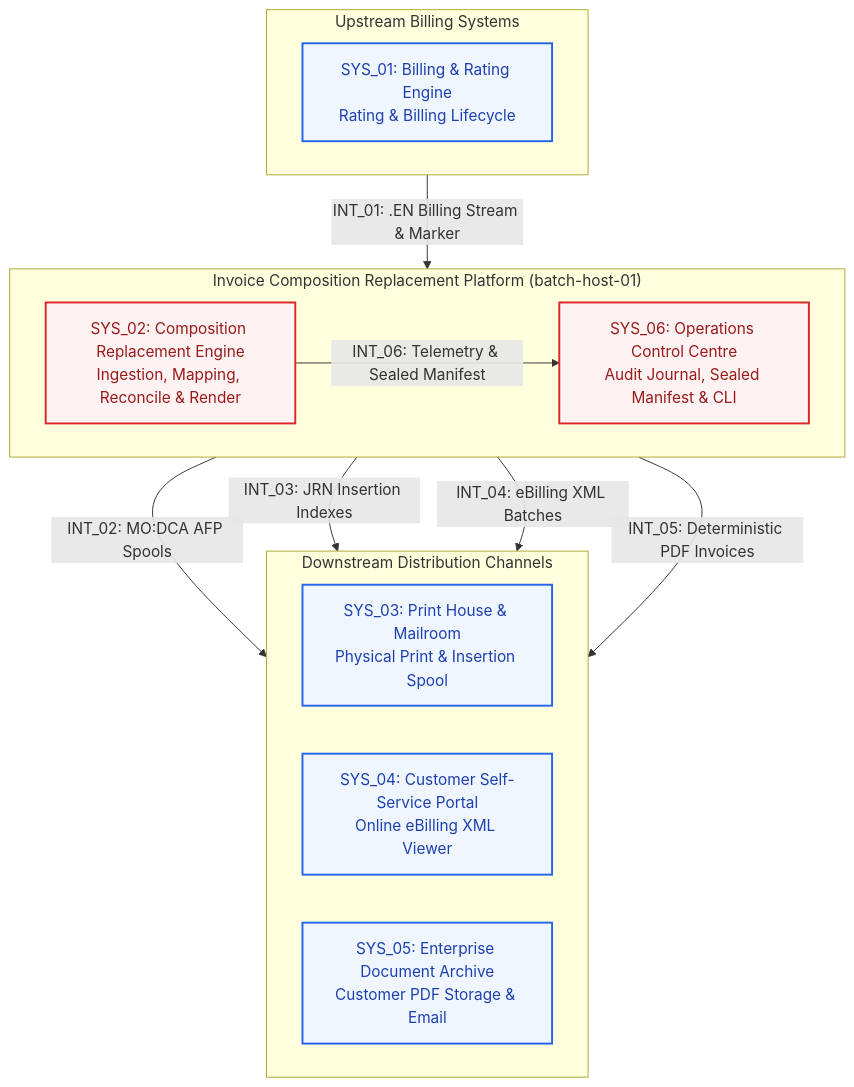
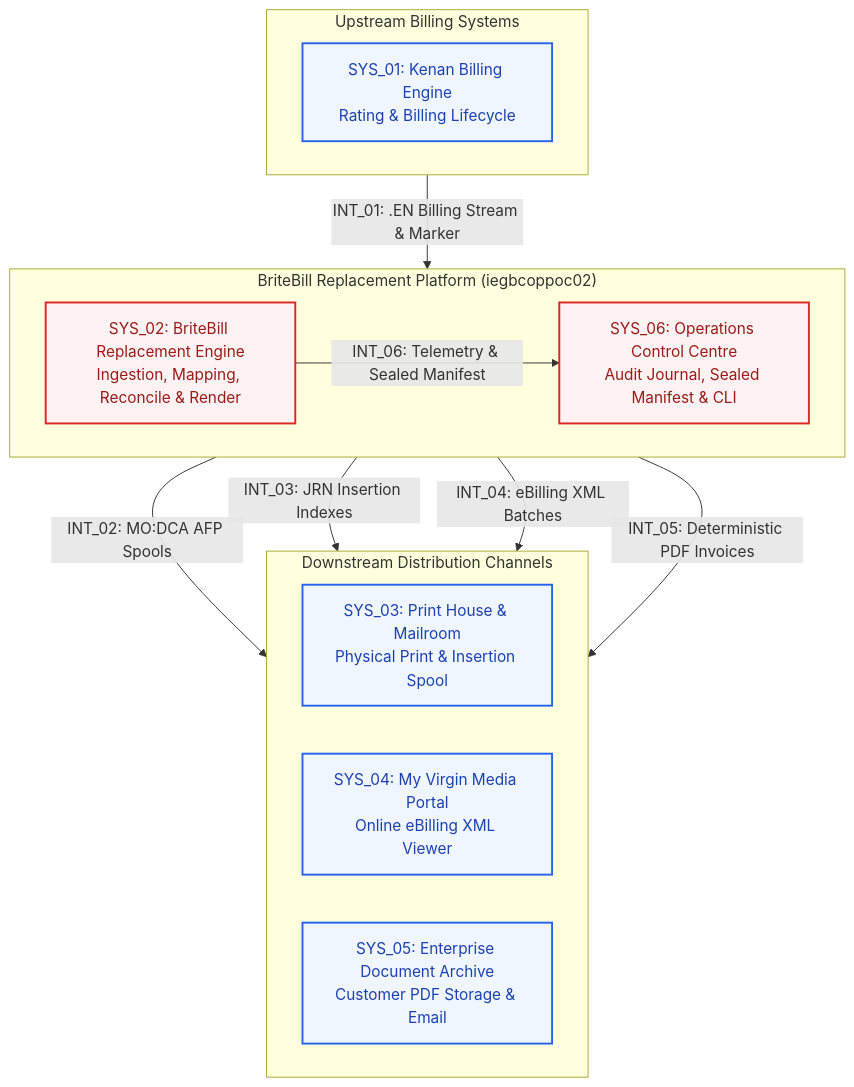
The third of 4 diagrams in bundles/antigravity-extras/.agents/skills/hld/references/gold-standard-hld.md (saajunaid/caddis-plugin), drawn with Mermaid before and after one commit. The commit also changed other lines of this file and 13 other files, not shown here.

````diff
--- a/bundles/antigravity-extras/.agents/skills/hld/references/gold-standard-hld.md
+++ b/bundles/antigravity-extras/.agents/skills/hld/references/gold-standard-hld.md
@@ -197,30 +188,30 @@
 ```mermaid
 flowchart TD
     classDef existingStyle fill:#EFF6FF,stroke:#2563EB,stroke-width:2px,color:#1E40AF;
     classDef newStyle fill:#FEF2F2,stroke:#DC2626,stroke-width:2px,color:#991B1B;
 
     subgraph Upstream["Upstream Billing Systems"]
         direction LR
-        SYS_01["SYS_01: Billing & Rating Engine<br/>Rating & Billing Lifecycle"]:::existingStyle
+        SYS_01["SYS_01: Kenan Billing Engine<br/>Rating & Billing Lifecycle"]:::existingStyle
     end
 
-    subgraph CorePlatform["Invoice Composition Replacement Platform (batch-host-01)"]
+    subgraph CorePlatform["BriteBill Replacement Platform (iegbcoppoc02)"]
         direction LR
-        SYS_02["SYS_02: Composition Replacement Engine<br/>Ingestion, Mapping, Reconcile & Render"]:::newStyle
+        SYS_02["SYS_02: BriteBill Replacement Engine<br/>Ingestion, Mapping, Reconcile & Render"]:::newStyle
         SYS_06["SYS_06: Operations Control Centre<br/>Audit Journal, Sealed Manifest & CLI"]:::newStyle
     end
 
     subgraph Downstream["Downstream Distribution Channels"]
         direction LR
         SYS_03["SYS_03: Print House & Mailroom<br/>Physical Print & Insertion Spool"]:::existingStyle
-        SYS_04["SYS_04: Customer Self-Service Portal<br/>Online eBilling XML Viewer"]:::existingStyle
+        SYS_04["SYS_04: My Virgin Media Portal<br/>Online eBilling XML Viewer"]:::existingStyle
         SYS_05["SYS_05: Enterprise Document Archive<br/>Customer PDF Storage & Email"]:::existingStyle
     end
 
     SYS_01 -->|"INT_01: .EN Billing Stream & Marker"| SYS_02
     SYS_02 -->|"INT_02: MO:DCA AFP Spools"| SYS_03
     SYS_02 -->|"INT_03: JRN Insertion Indexes"| SYS_03
     SYS_02 -->|"INT_04: eBilling XML Batches"| SYS_04
     SYS_02 -->|"INT_05: Deterministic PDF Invoices"| SYS_05
     SYS_02 -->|"INT_06: Telemetry & Sealed Manifest"| SYS_06
 ```
````
